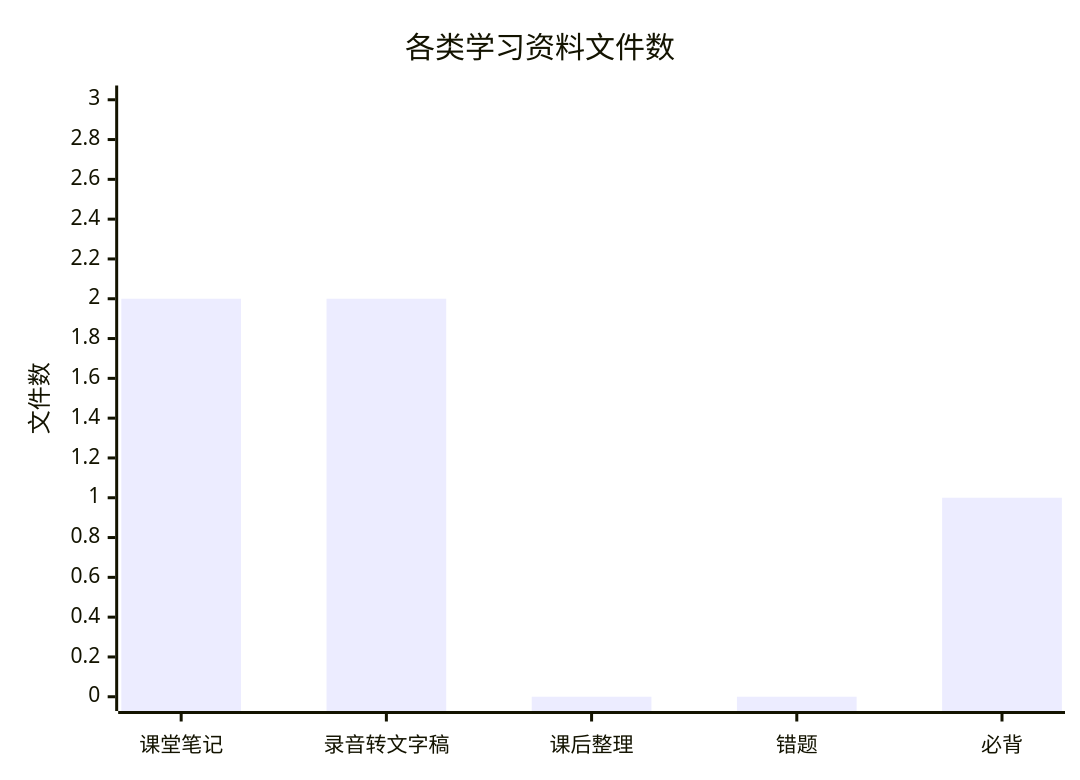
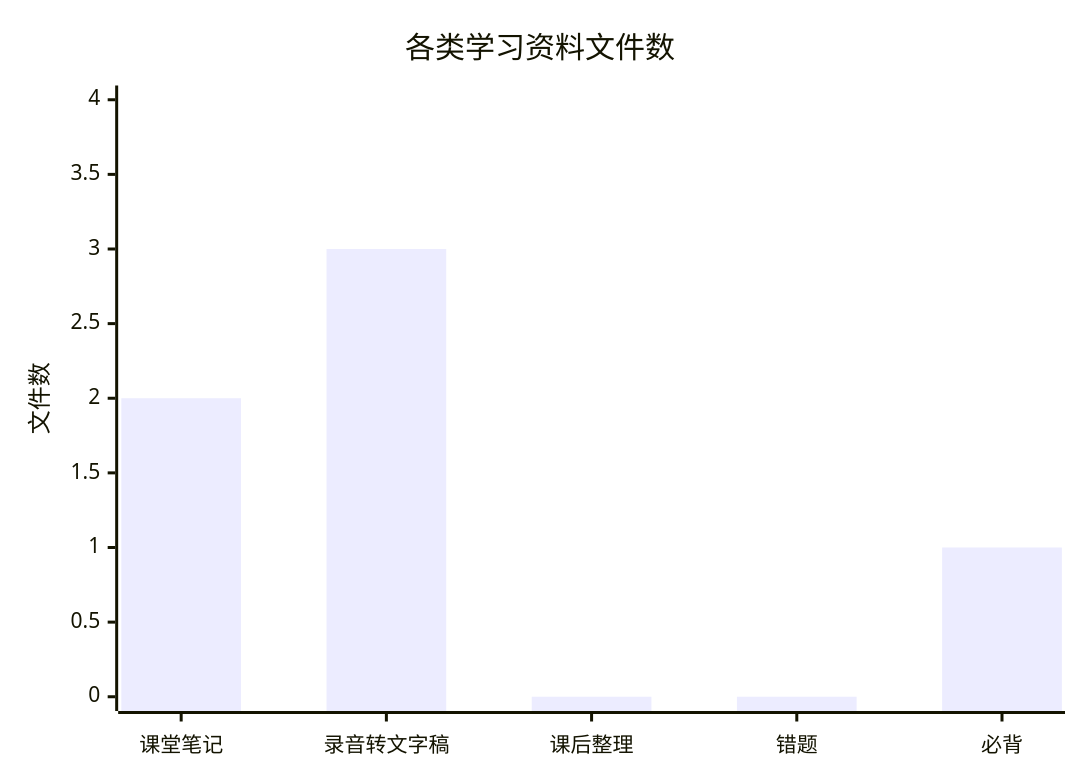
One commit to zhuchenyu2008/Learning-Library changed the third of 3 diagrams in README.md. Above: the diagram before and after it, drawn with Mermaid. The commit also changed other lines of this file, not shown here.

````diff
--- a/README.md
+++ b/README.md
@@ -55,7 +56,7 @@
 ```mermaid
 xychart-beta
     title "各类学习资料文件数"
     x-axis ["课堂笔记", "录音转文字稿", "课后整理", "错题", "必背"]
-    y-axis "文件数" 0 --> 3
-    bar [2, 2, 0, 0, 1]
+    y-axis "文件数" 0 --> 4
+    bar [2, 3, 0, 0, 1]
 ```
````
